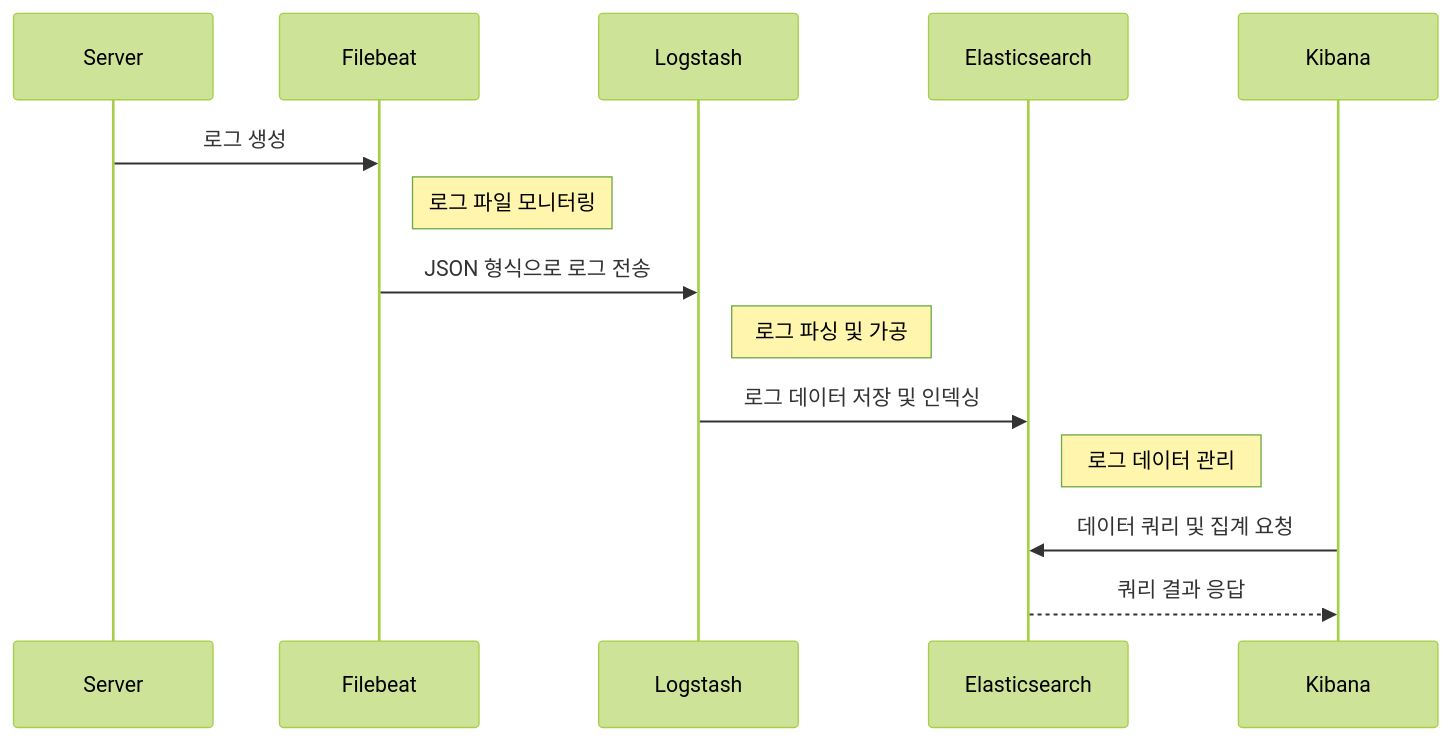
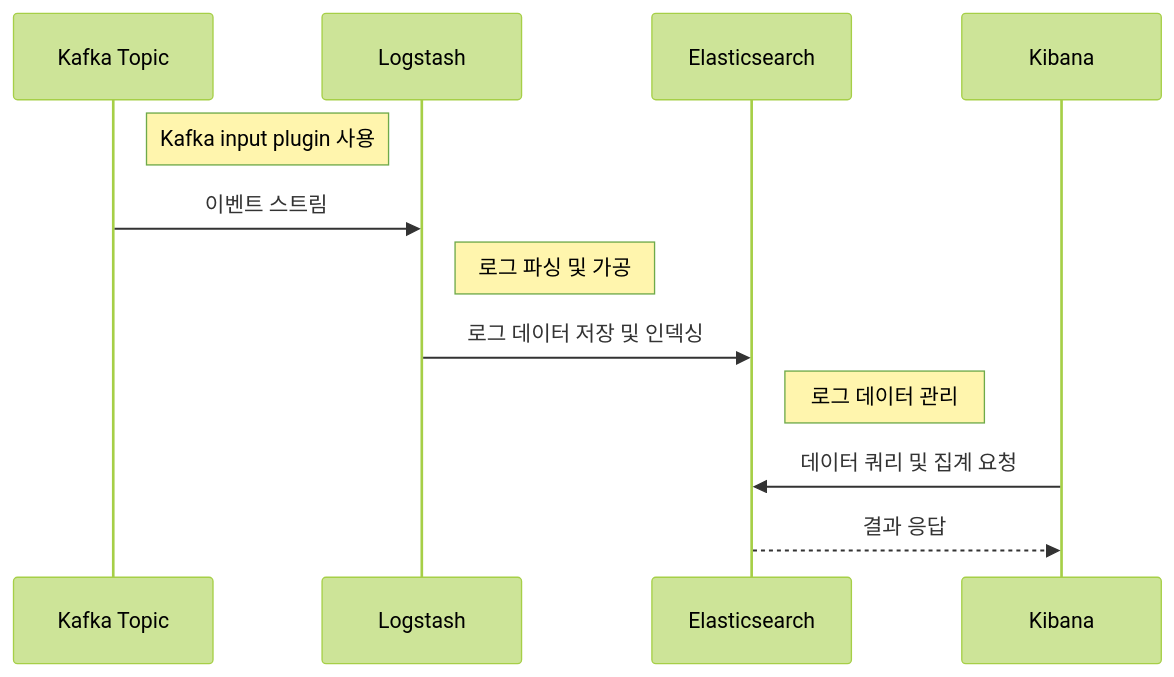
One commit to topyheun/event-monitoring changed the diagram in README.md. Above: the diagram before and after it, drawn with Mermaid (forest theme). The commit also changed other lines of this file, not shown here.

````diff
--- a/README.md
+++ b/README.md
@@ -27,16 +52,14 @@
 ```mermaid
 sequenceDiagram
-    participant server as Server
-    participant filebeat as Filebeat
+    participant kafka as Kafka Topic
     participant logstash as Logstash
     participant elasticsearch as Elasticsearch
     participant kibana as Kibana
-    server ->> filebeat: 로그 생성
-    note right of filebeat: 로그 파일 모니터링
-    filebeat ->> logstash: JSON 형식으로 로그 전송
+    note left of logstash: Kafka input plugin 사용
+    kafka ->> logstash: 이벤트 스트림
     note right of logstash: 로그 파싱 및 가공
     logstash ->> elasticsearch: 로그 데이터 저장 및 인덱싱
     note right of elasticsearch: 로그 데이터 관리
     kibana ->> elasticsearch: 데이터 쿼리 및 집계 요청
-    elasticsearch -->> kibana: 쿼리 결과 응답
-```    
+    elasticsearch -->> kibana: 결과 응답
+```
````
